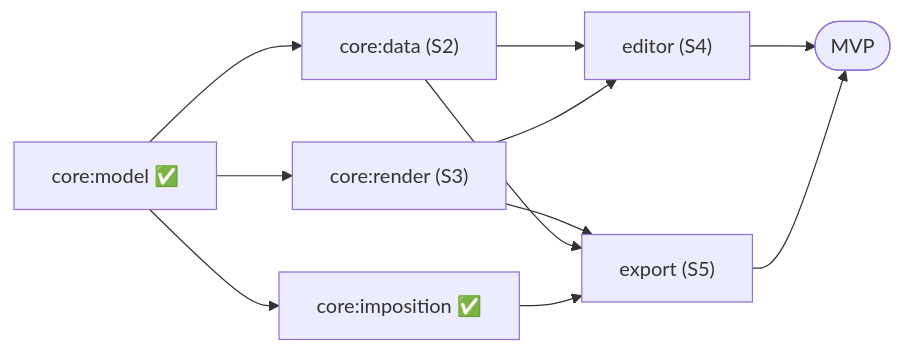
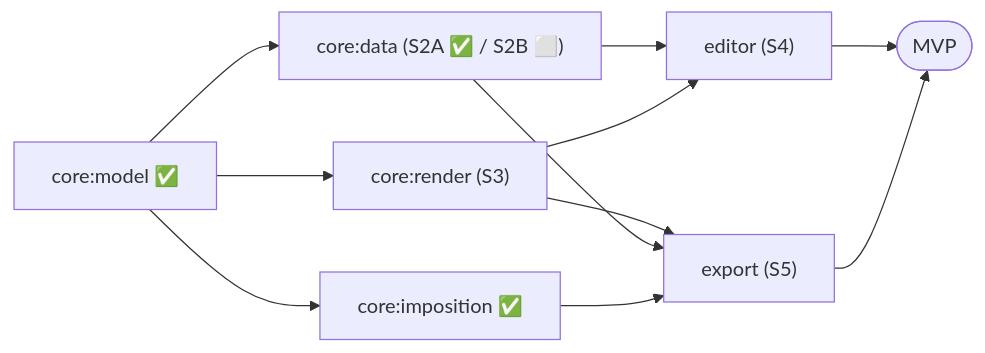
One commit to aritr-codes/zinely-android changed the tenth of 10 diagrams in docs/ARCHITECTURE.md. Above: the diagram before and after it, drawn with Mermaid. The commit also changed other lines of this file and 4 other files, not shown here.

````diff
--- a/docs/ARCHITECTURE.md
+++ b/docs/ARCHITECTURE.md
@@ -403,13 +403,13 @@
 ```mermaid
 flowchart LR
     M["core:model ✅"] --> I["core:imposition ✅"]
-    M --> D["core:data (S2)"]
+    M --> D["core:data (S2A ✅ / S2B ⬜)"]
     M --> R["core:render (S3)"]
     D --> E["editor (S4)"]
     R --> E
     R --> X["export (S5)"]
     D --> X
     I --> X
     E --> MVP(["MVP"])
     X --> MVP
 ```
````
